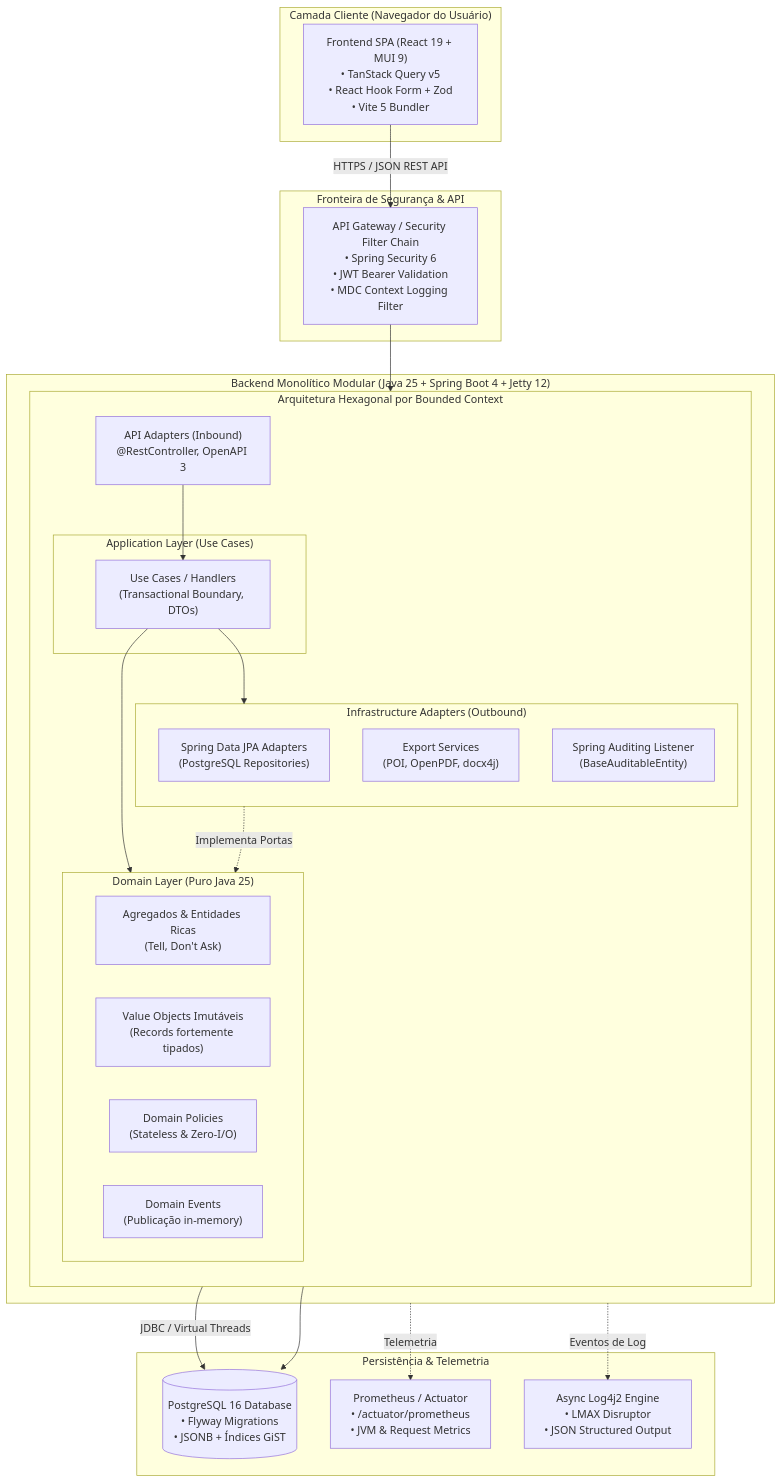
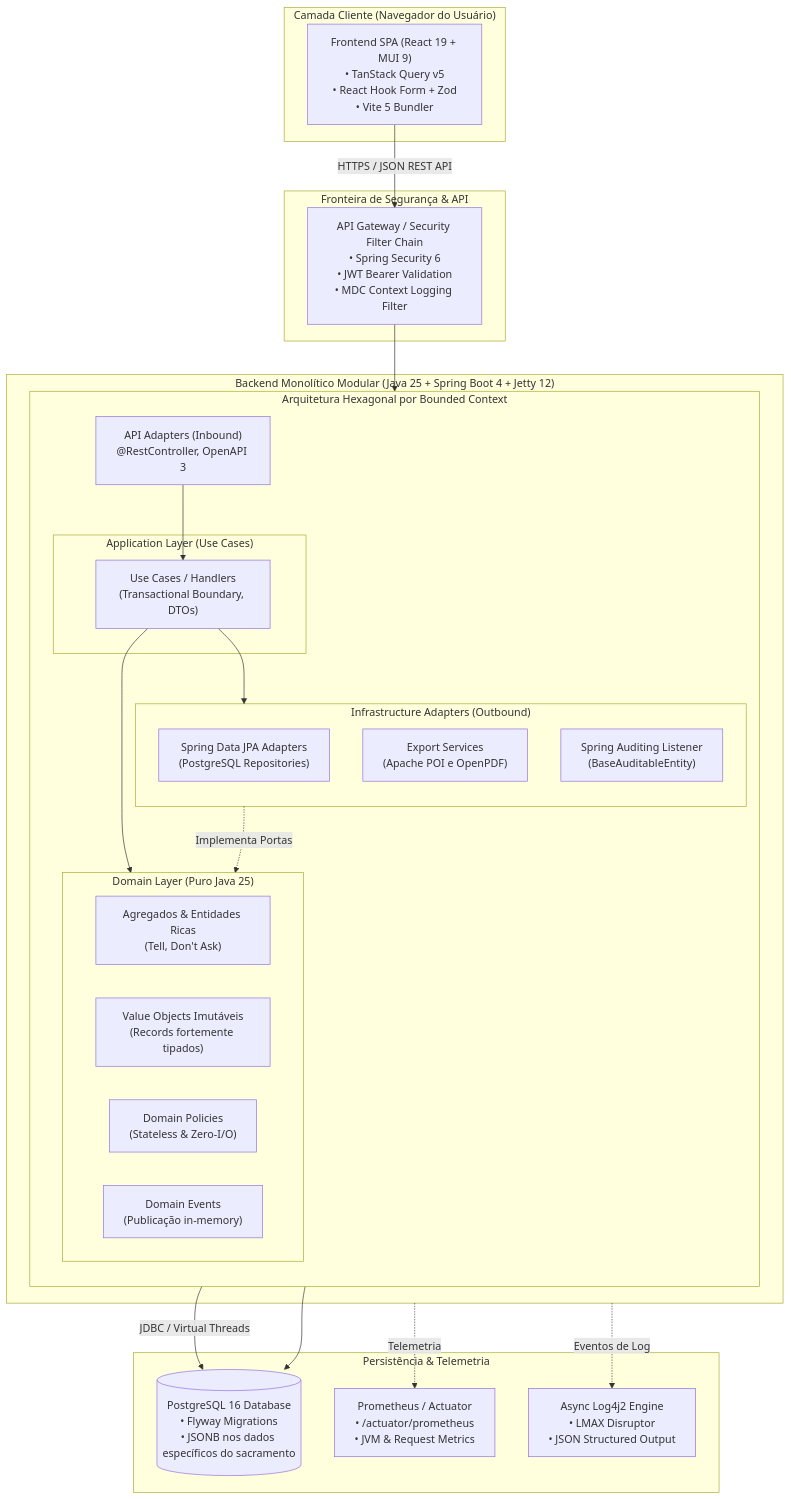
The diagram in docs/guide/arquitetura.md (BrunoLV/paroquia), drawn with Mermaid before and after one commit. The commit also changed 283 other files, not shown here.

````diff
--- a/docs/guide/arquitetura.md
+++ b/docs/guide/arquitetura.md
@@ -11,51 +11,51 @@
 ```mermaid
 flowchart TB
     subgraph ClientLayer ["Camada Cliente (Navegador do Usuário)"]
         SPA["Frontend SPA (React 19 + MUI 9)<br/>• TanStack Query v5<br/>• React Hook Form + Zod<br/>• Vite 5 Bundler"]
     end
 
     subgraph SecurityBoundary ["Fronteira de Segurança & API"]
         GW["API Gateway / Security Filter Chain<br/>• Spring Security 6<br/>• JWT Bearer Validation<br/>• MDC Context Logging Filter"]
     end
 
     subgraph BackendMonolith ["Backend Monolítico Modular (Java 25 + Spring Boot 4 + Jetty 12)"]
         subgraph PortsAndAdapters ["Arquitetura Hexagonal por Bounded Context"]
             direction TB
             REST["API Adapters (Inbound)<br/>@RestController, OpenAPI 3"]
             
             subgraph ApplicationLayer ["Application Layer (Use Cases)"]
                 UC["Use Cases / Handlers<br/>(Transactional Boundary, DTOs)"]
             end
 
             subgraph DomainHexagon ["Domain Layer (Puro Java 25)"]
                 Agg["Agregados & Entidades Ricas<br/>(Tell, Don't Ask)"]
                 VO["Value Objects Imutáveis<br/>(Records fortemente tipados)"]
                 Pol["Domain Policies<br/>(Stateless & Zero-I/O)"]
                 Evt["Domain Events<br/>(Publicação in-memory)"]
             end
 
             subgraph InfraAdapters ["Infrastructure Adapters (Outbound)"]
                 RepoImpl["Spring Data JPA Adapters<br/>(PostgreSQL Repositories)"]
-                ExportImpl["Export Services<br/>(POI, OpenPDF, docx4j)"]
+                ExportImpl["Export Services<br/>(Apache POI e OpenPDF)"]
                 AuditImpl["Spring Auditing Listener<br/>(BaseAuditableEntity)"]
             end
         end
     end
 
     subgraph PersistenceAndObservability ["Persistência & Telemetria"]
-        DB[("PostgreSQL 16 Database<br/>• Flyway Migrations<br/>• JSONB + Índices GiST")]
+        DB[("PostgreSQL 16 Database<br/>• Flyway Migrations<br/>• JSONB nos dados específicos do sacramento")]
         Prom["Prometheus / Actuator<br/>• /actuator/prometheus<br/>• JVM & Request Metrics"]
         Logs["Async Log4j2 Engine<br/>• LMAX Disruptor<br/>• JSON Structured Output"]
     end
 
     SPA -->|HTTPS / JSON REST API| GW
     GW --> REST
     REST --> UC
     UC --> DomainHexagon
     UC --> InfraAdapters
     InfraAdapters -.->|Implementa Portas| DomainHexagon
     RepoImpl -->|JDBC / Virtual Threads| DB
     AuditImpl --> DB
     BackendMonolith -.->|Telemetria| Prom
     BackendMonolith -.->|Eventos de Log| Logs
 ```
````
